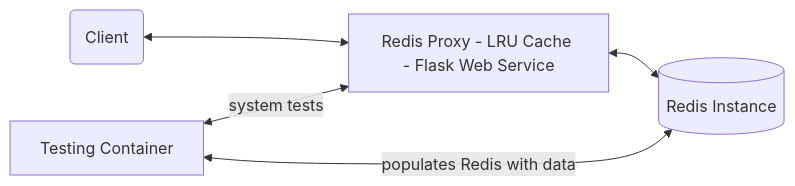
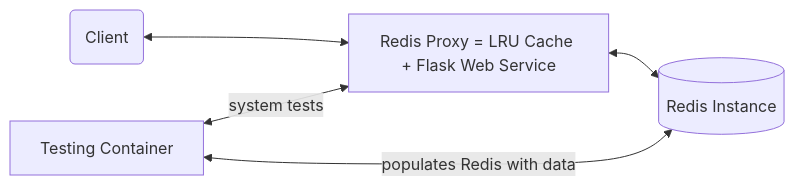
The diagram in README.md (lillyengeler/redis-proxy-project), drawn with Mermaid before and after one commit.

Commit message:
md diagram

````diff
--- a/README.md
+++ b/README.md
@@ -7,7 +7,7 @@
 ```mermaid
 graph LR;
-    A(Client) <--> B[Redis Proxy - LRU Cache - Flask Web Service];
+    A(Client) <--> B[Redis Proxy = LRU Cache + Flask Web Service];
     B <--> C[(Redis Instance)];
     D[Testing Container] <-- system tests --> B;
     D <-- populates Redis with data --> C;
 ```
````
